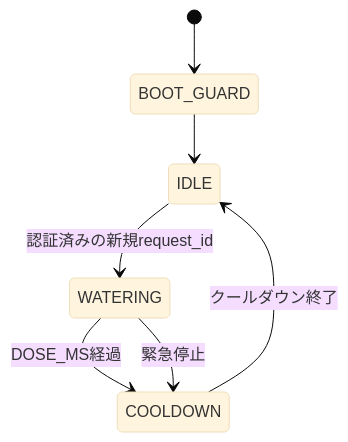
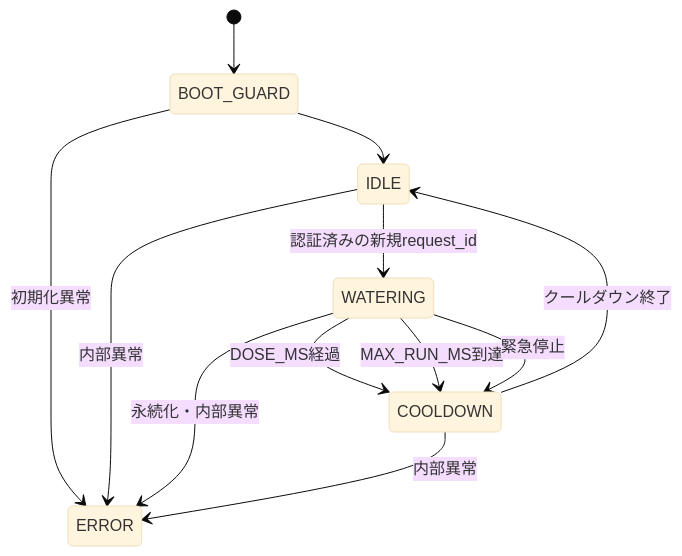
Before and after one commit to kandotrun/tree: the third of 3 diagrams in docs/system-design.md, drawn with Mermaid (base theme). The commit also changed other lines of this file and 20 other files, not shown here.

````diff
--- a/docs/system-design.md
+++ b/docs/system-design.md
@@ -210,9 +213,14 @@
 ```mermaid
 stateDiagram-v2
     [*] --> BOOT_GUARD
     BOOT_GUARD --> IDLE
     IDLE --> WATERING: 認証済みの新規request_id
     WATERING --> COOLDOWN: DOSE_MS経過
+    WATERING --> COOLDOWN: MAX_RUN_MS到達
     COOLDOWN --> IDLE: クールダウン終了
     WATERING --> COOLDOWN: 緊急停止
+    BOOT_GUARD --> ERROR: 初期化異常
+    IDLE --> ERROR: 内部異常
+    WATERING --> ERROR: 永続化・内部異常
+    COOLDOWN --> ERROR: 内部異常
 ```
````
